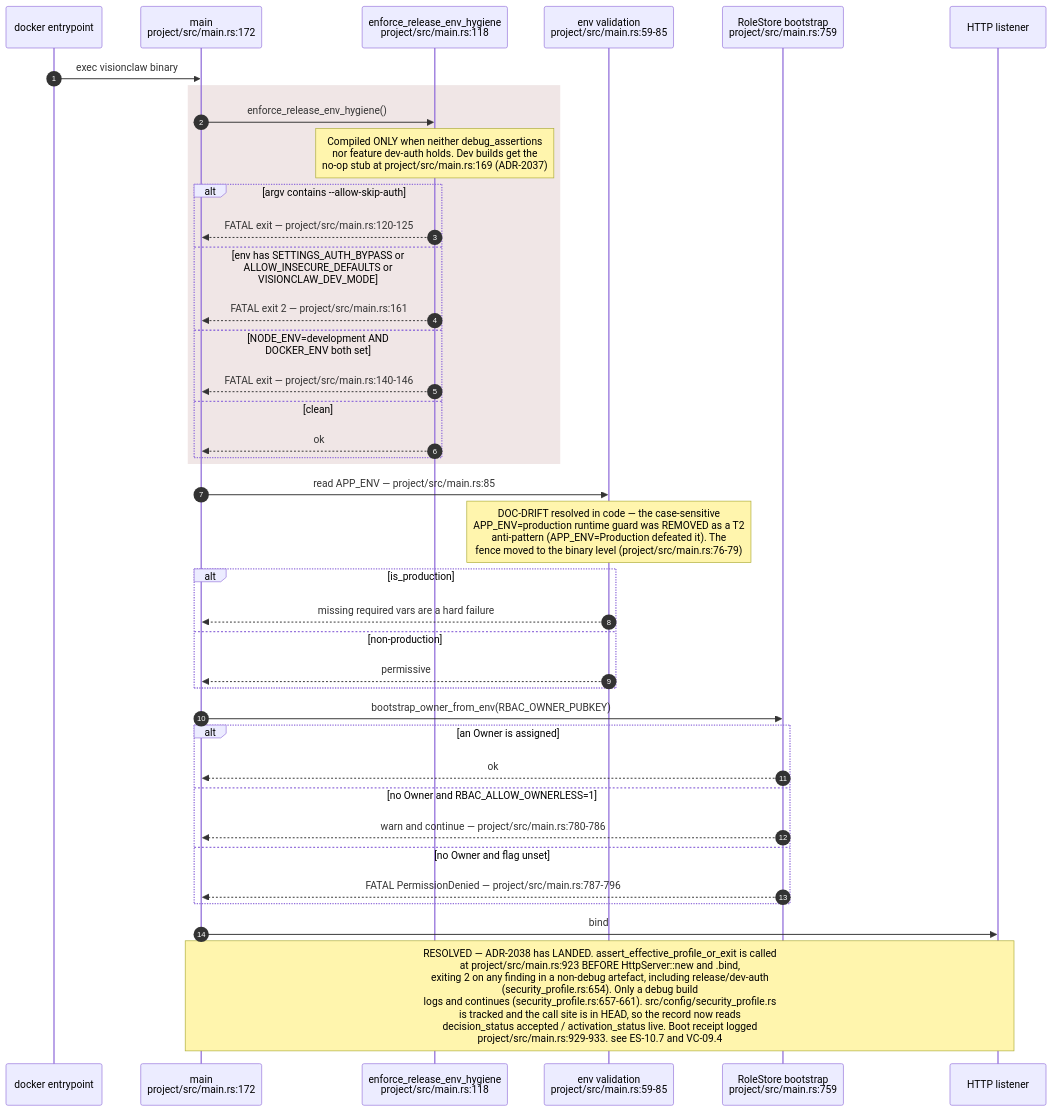
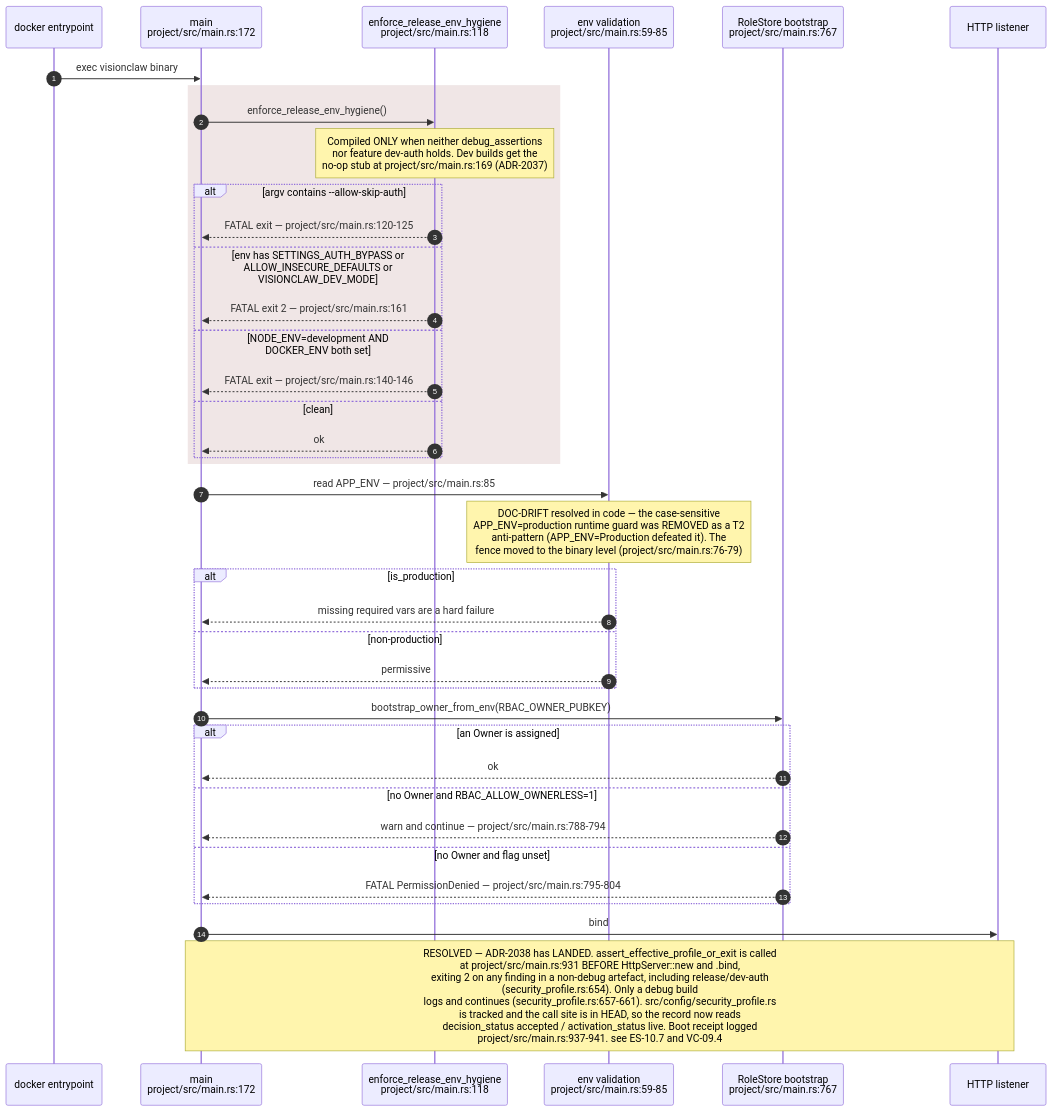
Before and after one commit to DreamLab-AI/VisionFlow: the second of 11 diagrams in docs/diagrams/estate/10-deployment-and-security-profiles.md, drawn with Mermaid. The commit also changed other lines of this file and 111 other files, not shown here.

Commit message:
docs(diagrams): align estate maps with current source

````diff
--- a/docs/diagrams/estate/10-deployment-and-security-profiles.md
+++ b/docs/diagrams/estate/10-deployment-and-security-profiles.md
@@ -97,42 +97,42 @@
 ```mermaid
 sequenceDiagram
     autonumber
     participant OS as docker entrypoint
     participant M as main<br/>project/src/main.rs:172
     participant EH as enforce_release_env_hygiene<br/>project/src/main.rs:118
     participant EV as env validation<br/>project/src/main.rs:59-85
-    participant RS as RoleStore bootstrap<br/>project/src/main.rs:759
+    participant RS as RoleStore bootstrap<br/>project/src/main.rs:767
     participant L as HTTP listener
 
     OS->>M: exec visionclaw binary
     rect rgb(240,230,230)
     M->>EH: enforce_release_env_hygiene()
     Note over EH: Compiled ONLY when neither debug_assertions<br/>nor feature dev-auth holds. Dev builds get the<br/>no-op stub at project/src/main.rs:169 (ADR-2037)
     alt argv contains --allow-skip-auth
         EH-->>M: FATAL exit — project/src/main.rs:120-125
     else env has SETTINGS_AUTH_BYPASS or ALLOW_INSECURE_DEFAULTS or VISIONCLAW_DEV_MODE
         EH-->>M: FATAL exit 2 — project/src/main.rs:161
     else NODE_ENV=development AND DOCKER_ENV both set
         EH-->>M: FATAL exit — project/src/main.rs:140-146
     else clean
         EH-->>M: ok
     end
     end
     M->>EV: read APP_ENV — project/src/main.rs:85
     Note over EV: DOC-DRIFT resolved in code — the case-sensitive<br/>APP_ENV=production runtime guard was REMOVED as a T2<br/>anti-pattern (APP_ENV=Production defeated it). The<br/>fence moved to the binary level (project/src/main.rs:76-79)
     alt is_production
         EV-->>M: missing required vars are a hard failure
     else non-production
         EV-->>M: permissive
     end
     M->>RS: bootstrap_owner_from_env(RBAC_OWNER_PUBKEY)
     alt an Owner is assigned
         RS-->>M: ok
     else no Owner and RBAC_ALLOW_OWNERLESS=1
-        RS-->>M: warn and continue — project/src/main.rs:780-786
+        RS-->>M: warn and continue — project/src/main.rs:788-794
     else no Owner and flag unset
-        RS-->>M: FATAL PermissionDenied — project/src/main.rs:787-796
+        RS-->>M: FATAL PermissionDenied — project/src/main.rs:795-804
     end
     M->>L: bind
-    Note over M,L: RESOLVED — ADR-2038 has LANDED. assert_effective_profile_or_exit is called<br/>at project/src/main.rs:923 BEFORE HttpServer::new and .bind,<br/>exiting 2 on any finding in a non-debug artefact, including release/dev-auth<br/>(security_profile.rs:654). Only a debug build<br/>logs and continues (security_profile.rs:657-661). src/config/security_profile.rs<br/>is tracked and the call site is in HEAD, so the record now reads<br/>decision_status accepted / activation_status live. Boot receipt logged<br/>project/src/main.rs:929-933. see ES-10.7 and VC-09.4
+    Note over M,L: RESOLVED — ADR-2038 has LANDED. assert_effective_profile_or_exit is called<br/>at project/src/main.rs:931 BEFORE HttpServer::new and .bind,<br/>exiting 2 on any finding in a non-debug artefact, including release/dev-auth<br/>(security_profile.rs:654). Only a debug build<br/>logs and continues (security_profile.rs:657-661). src/config/security_profile.rs<br/>is tracked and the call site is in HEAD, so the record now reads<br/>decision_status accepted / activation_status live. Boot receipt logged<br/>project/src/main.rs:937-941. see ES-10.7 and VC-09.4
 ```
````
